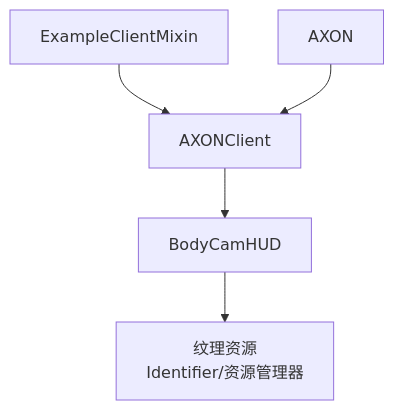
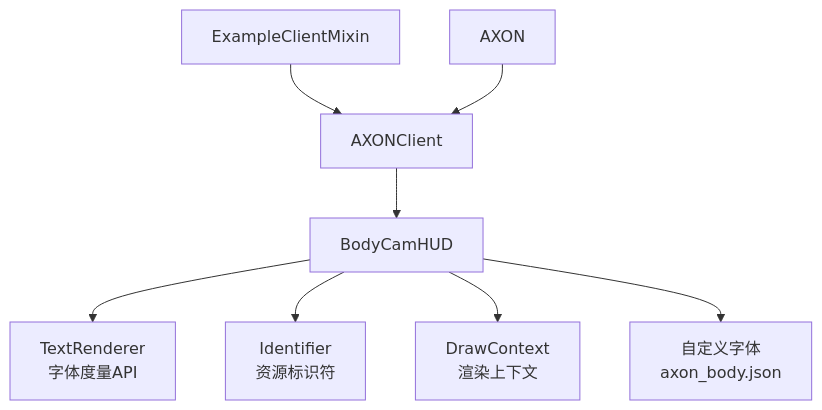
One commit to Manager20211/AxonBodyCam2 changed the fifth of 5 diagrams in .qoder/repowiki/zh/content/核心功能/水印显示功能.md. Above: the diagram before and after it, drawn with Mermaid. The commit also changed other lines of this file and 11 other files, not shown here.

````diff
--- a/.qoder/repowiki/zh/content/核心功能/水印显示功能.md
+++ b/.qoder/repowiki/zh/content/核心功能/水印显示功能.md
@@ -214,7 +281,10 @@
 ```mermaid
 graph TB
 AXONClient --> BodyCamHUD
 ExampleClientMixin --> AXONClient
 AXON --> AXONClient
-BodyCamHUD --> Resources["纹理资源<br/>Identifier/资源管理器"]
+BodyCamHUD --> TextRenderer["TextRenderer<br/>字体度量API"]
+BodyCamHUD --> Identifier["Identifier<br/>资源标识符"]
+BodyCamHUD --> DrawContext["DrawContext<br/>渲染上下文"]
+BodyCamHUD --> FontConfig["自定义字体<br/>axon_body.json"]
 ```
````
